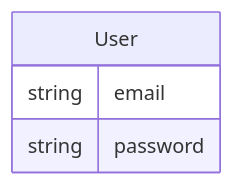
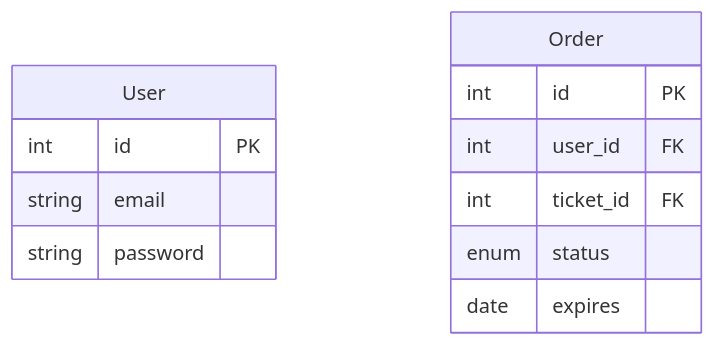
The diagram in ticketing/README.md (albin-joseph/nodejs-micro-service), drawn with Mermaid before and after one commit.

Commit message:
add ticketing app erdiagram

````diff
--- a/ticketing/README.md
+++ b/ticketing/README.md
@@ -24,7 +24,16 @@
 ``` mermaid
         erDiagram
             User {
+                int id PK
                 string email
                 string password
             }
+
+            Order {
+                int id PK
+                int user_id FK
+                int ticket_id FK
+                enum status
+                date expires
+            }
 ```
````
